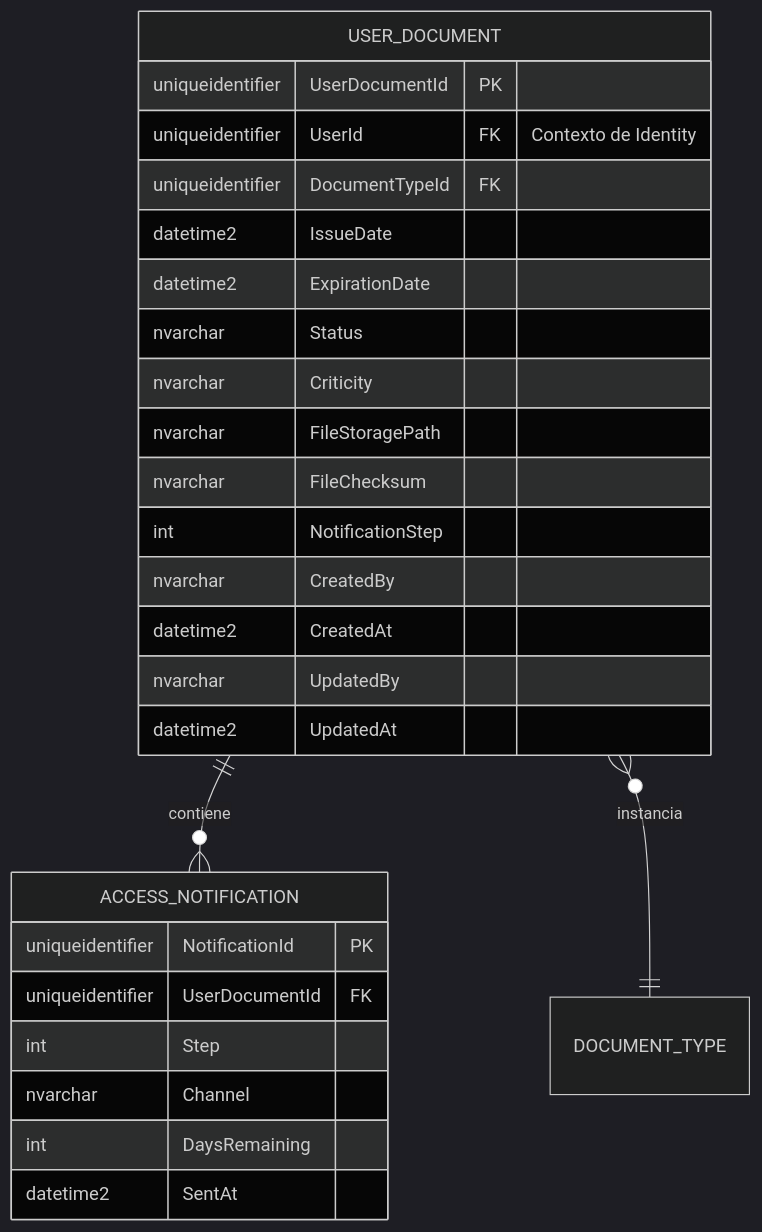
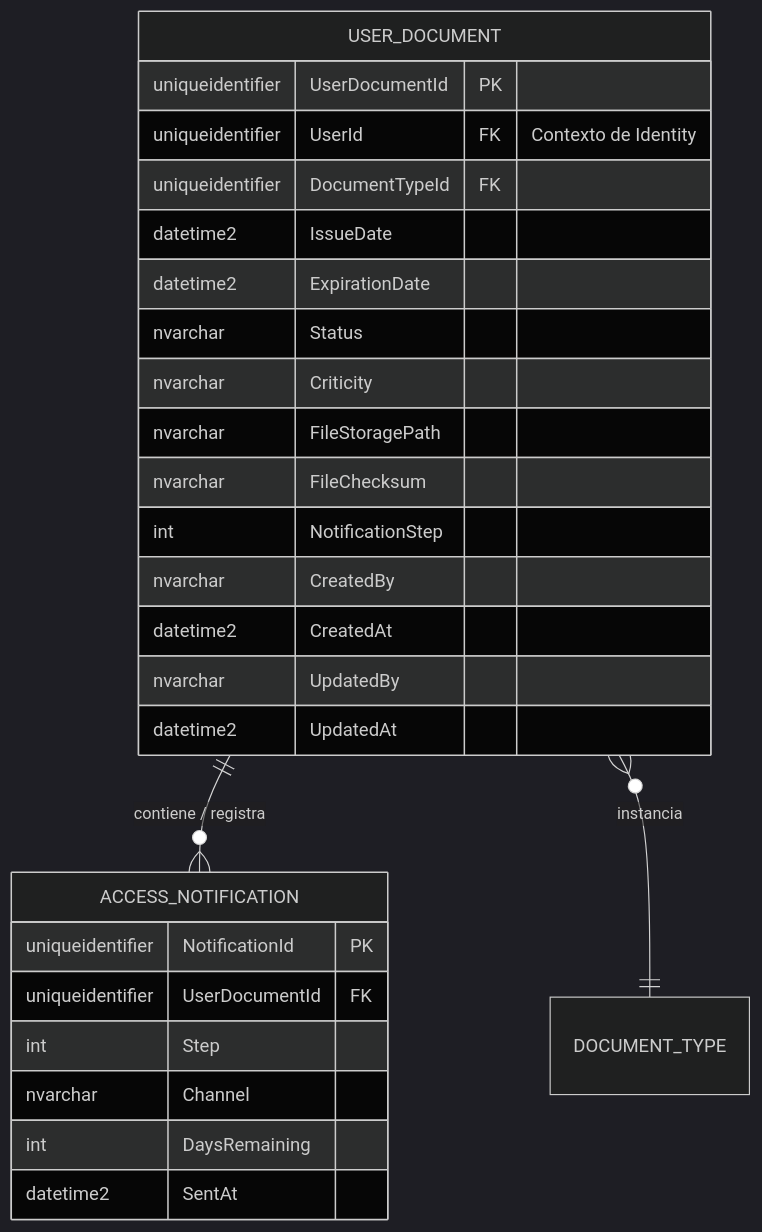
Before and after one commit to beyondnetcode/ums: the third of 4 diagrams in docs/domain-es/approvals/user-document.md, drawn with Mermaid (dark theme). The commit also changed other lines of this file and 19 other files, not shown here.

````diff
--- a/docs/domain-es/approvals/user-document.md
+++ b/docs/domain-es/approvals/user-document.md
@@ -157,31 +178,31 @@
 ```mermaid
 erDiagram
-    USER_DOCUMENT ||--o{ ACCESS_NOTIFICATION : "contiene"
+    USER_DOCUMENT ||--o{ ACCESS_NOTIFICATION : "contiene / registra"
     USER_DOCUMENT }o--|| DOCUMENT_TYPE : "instancia"
 
     USER_DOCUMENT {
         uniqueidentifier UserDocumentId PK
         uniqueidentifier UserId FK "Contexto de Identity"
         uniqueidentifier DocumentTypeId FK
         datetime2 IssueDate
         datetime2 ExpirationDate
         nvarchar Status
         nvarchar Criticity
         nvarchar FileStoragePath
         nvarchar FileChecksum
         int NotificationStep
         nvarchar CreatedBy
         datetime2 CreatedAt
         nvarchar UpdatedBy
         datetime2 UpdatedAt
     }
 
     ACCESS_NOTIFICATION {
         uniqueidentifier NotificationId PK
         uniqueidentifier UserDocumentId FK
         int Step
         nvarchar Channel
         int DaysRemaining
         datetime2 SentAt
     }
 ```
````
